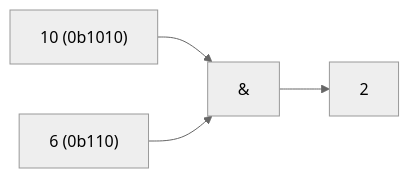
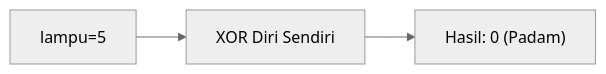
One commit to amnahwaida/OSNK_INF_PREP changed the ninth of 25 diagrams in part-c-pemahaman-cpp/06-bitwise/latihan/set-05.md. Above: the diagram before and after it, drawn with Mermaid (neutral theme). The commit also changed other lines of this file and 71 other files, not shown here.

````diff
--- a/part-c-pemahaman-cpp/06-bitwise/latihan/set-05.md
+++ b/part-c-pemahaman-cpp/06-bitwise/latihan/set-05.md
@@ -234,6 +238,5 @@
 ```mermaid
 graph LR
-A["10 (0b1010)"] --> C["&"]
-B["6 (0b110)"] --> C
-C --> D["2"]
+A["lampu=5"] --> B["XOR Diri Sendiri"]
+B --> C["Hasil: 0 (Padam)"]
 ```
````
